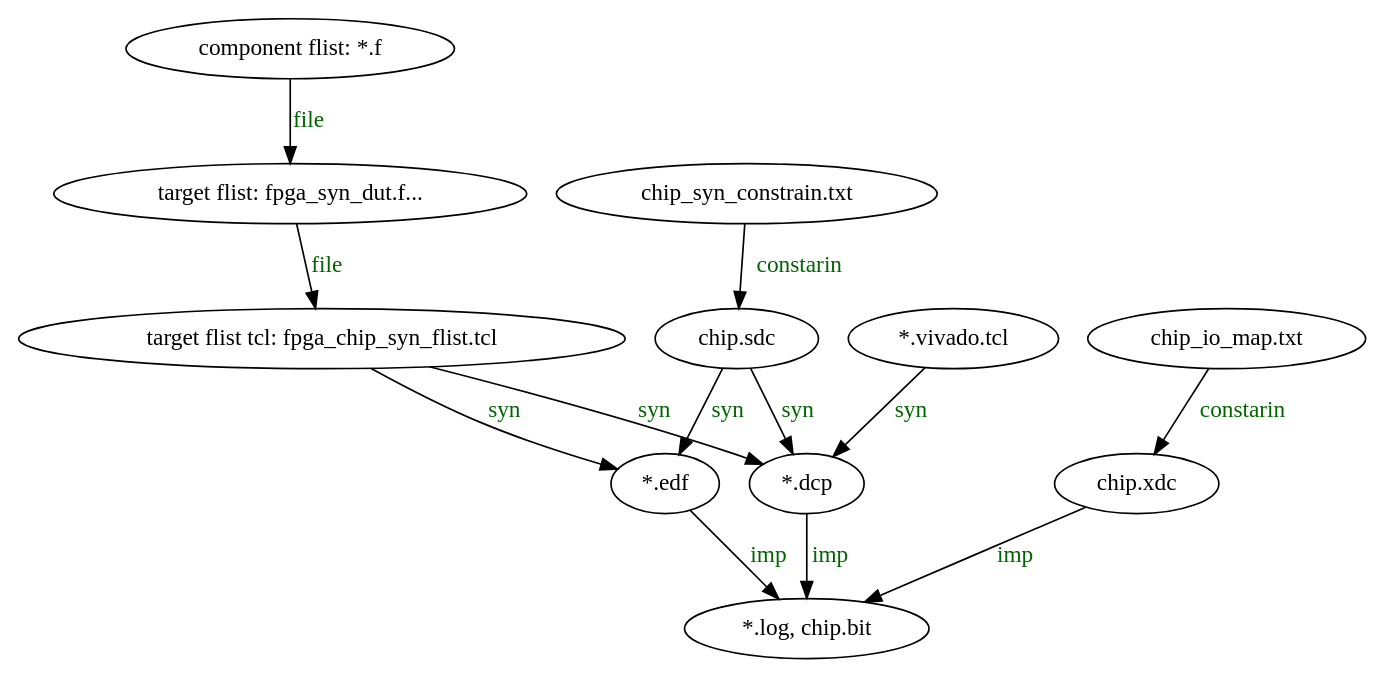
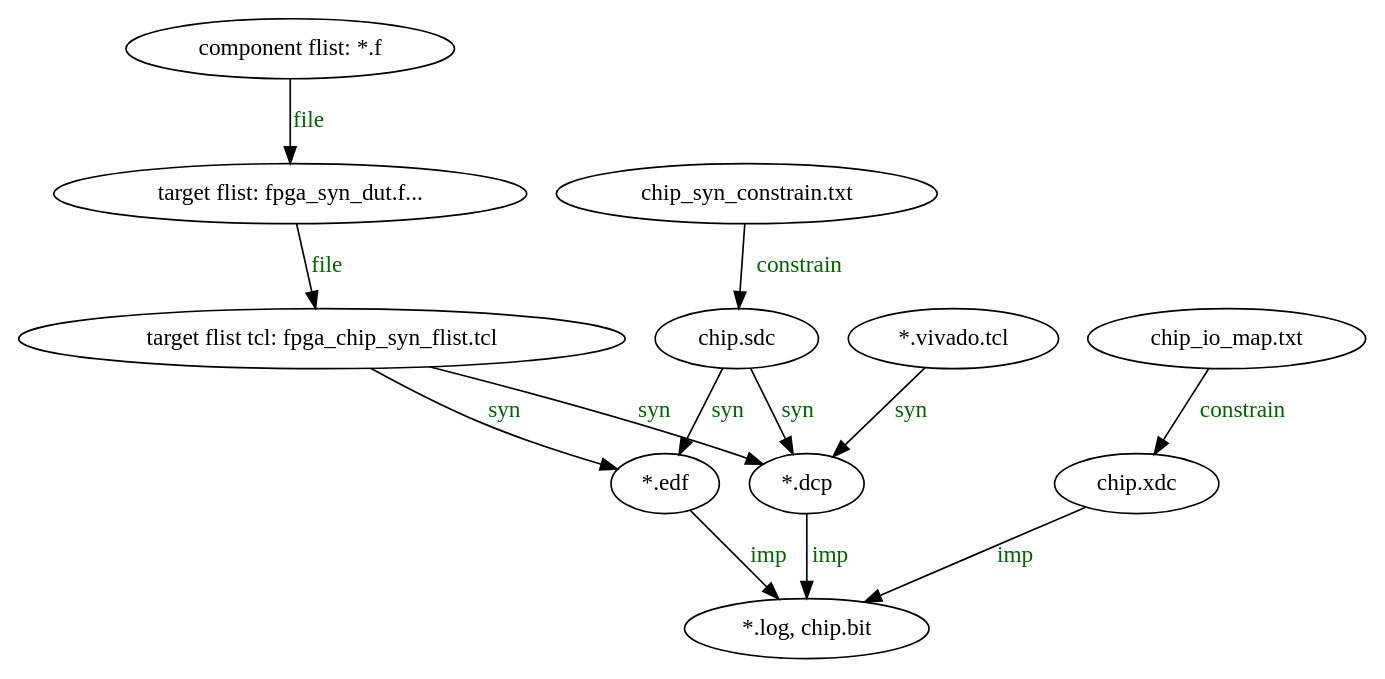
Before and after one commit to KingFrige/SoC-Gulp: the diagram in picture/fpga-sulp.dot, drawn with Graphviz. The commit also changed 7 other files, not shown here.

```diff
--- a/picture/fpga-sulp.dot
+++ b/picture/fpga-sulp.dot
@@ -1,26 +1,26 @@
 digraph pic1 {
   RTLFlistSrc [label = "component flist: *.f"]
   RTLFlistTarget [label = "target flist: fpga_syn_dut.f..."]
   synFlistTcl [label = "target flist tcl: fpga_chip_syn_flist.tcl"]
   IPTclList  [label = "*.vivado.tcl"]
   edfList [label = "*.edf"]
   dcpList [label = "*.dcp"]
   sdcConfigFile [label = "chip_syn_constrain.txt"]
   sdcFile [label = "chip.sdc"]
   xdcConfigFile [label = "chip_io_map.txt"]
   xdcFile [label = "chip.xdc"]
   result  [label = "*.log, chip.bit"]
 
   RTLFlistSrc    -> RTLFlistTarget [label="file", fontcolor=darkgreen]
   RTLFlistTarget -> synFlistTcl    [label="file", fontcolor=darkgreen]
   synFlistTcl    -> edfList        [label="syn", fontcolor=darkgreen]
   IPTclList      -> dcpList        [label="syn", fontcolor=darkgreen]
   sdcFile        -> edfList        [label="syn", fontcolor=darkgreen]
   sdcFile        -> dcpList        [label="syn", fontcolor=darkgreen]
-  sdcConfigFile  -> sdcFile        [label="constarin", fontcolor=darkgreen]
+  sdcConfigFile  -> sdcFile        [label="constrain", fontcolor=darkgreen]
   synFlistTcl    -> dcpList        [label="syn", fontcolor=darkgreen]
   edfList        -> result         [label="imp", fontcolor=darkgreen]
   dcpList        -> result         [label="imp", fontcolor=darkgreen]
-  xdcConfigFile  -> xdcFile        [label="constarin", fontcolor=darkgreen]
+  xdcConfigFile  -> xdcFile        [label="constrain", fontcolor=darkgreen]
   xdcFile        -> result         [label="imp", fontcolor=darkgreen]
 }
```
